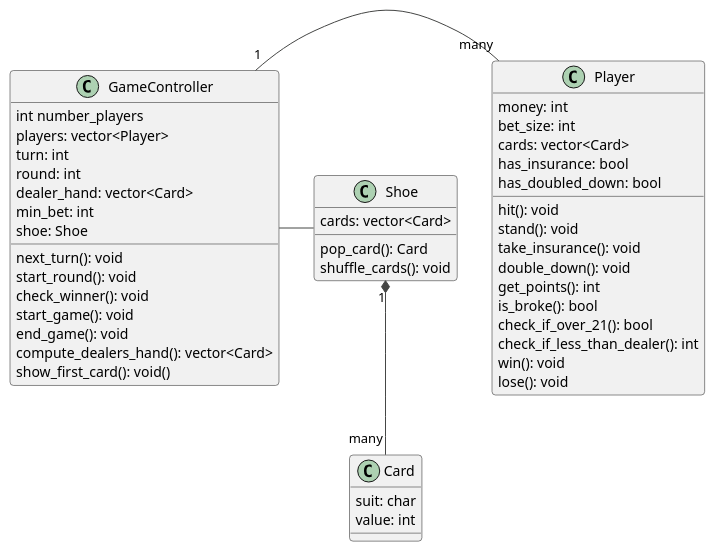
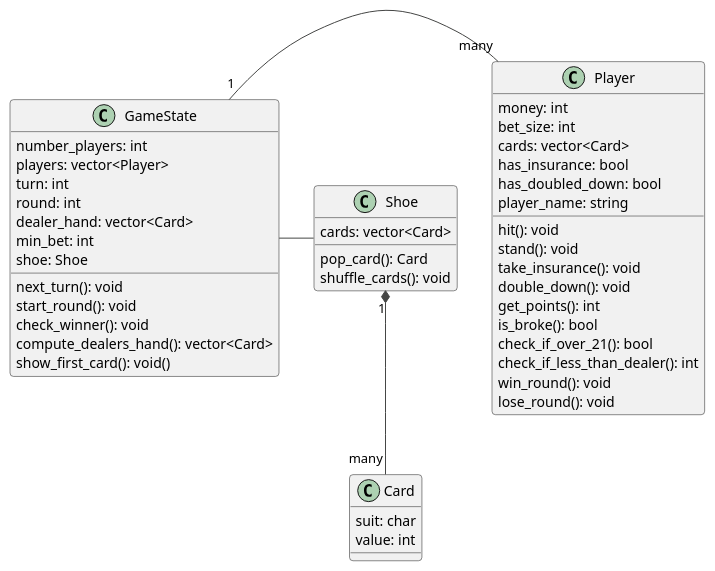
One commit to luca-commits/blackjack changed the diagram in sds/general.puml. Above: the diagram before and after it, drawn with PlantUML.

```diff
--- a/sds/general.puml
+++ b/sds/general.puml
@@ -1,57 +1,56 @@
 @startuml
 ' !theme plain
 !theme vibrant
 
 class Player {
   money: int
   bet_size: int
   cards: vector<Card> 
   hit(): void
   stand(): void
   take_insurance(): void
   double_down(): void
   has_insurance: bool
   has_doubled_down: bool
   get_points(): int
   is_broke(): bool
   check_if_over_21(): bool
   check_if_less_than_dealer(): int
-  win(): void
-  lose(): void
+  win_round(): void
+  lose_round(): void
+  player_name: string
 }
   
 class Card {
   suit: char
   value: int
 }
 
-class GameController{
-  int number_players
+class GameState{
+  number_players: int
   players: vector<Player>
   turn: int
   round: int
   dealer_hand: vector<Card>
   min_bet: int
   next_turn(): void
   start_round(): void
   check_winner(): void
-  start_game(): void
-  end_game(): void
   compute_dealers_hand(): vector<Card>
   shoe: Shoe
   show_first_card(): void()
 }
 
 class Shoe{
   cards: vector<Card> 
   pop_card(): Card
   shuffle_cards(): void
 }
 
 Shoe "1" *-- "many" Card 
 
 
-GameController "1" - "many" Player 
+GameState "1" - "many" Player 
 
-GameController - Shoe
+GameState - Shoe
 @enduml
```
